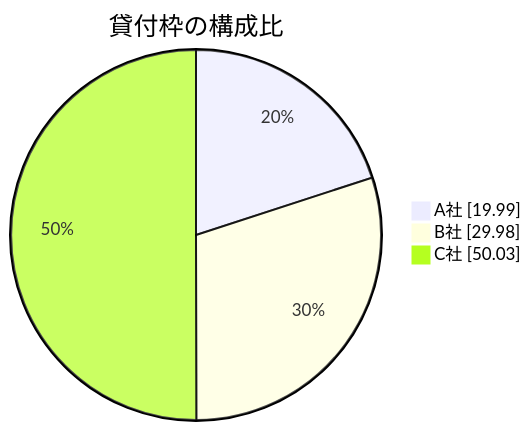
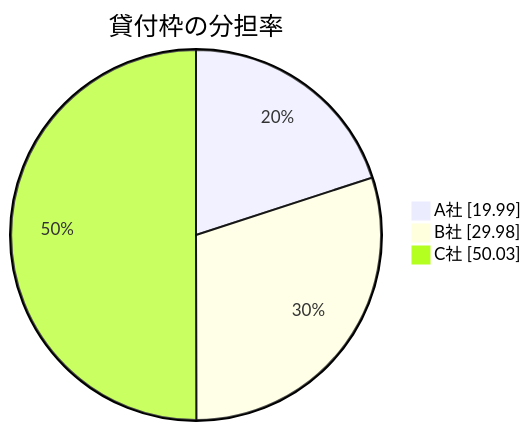
The diagram in src/main/java/com/example/domain/model/jjugccc2024/advanced/proportion/パイチャート.mmd (masuda220/business-logic-patterns), drawn with Mermaid before and after one commit. The commit also changed 5 other files, not shown here.

```diff
--- a/src/main/java/com/example/domain/model/jjugccc2024/advanced/proportion/パイチャート.mmd
+++ b/src/main/java/com/example/domain/model/jjugccc2024/advanced/proportion/パイチャート.mmd
@@ -1,4 +1,4 @@
-pie showData title 貸付枠の構成比
+pie showData title 貸付枠の分担率
     "A社" : 19.99
     "B社" : 29.98
     "C社" : 50.03
```
